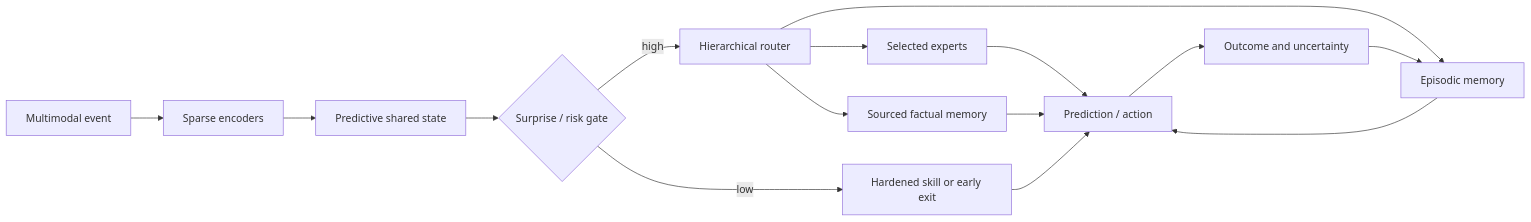
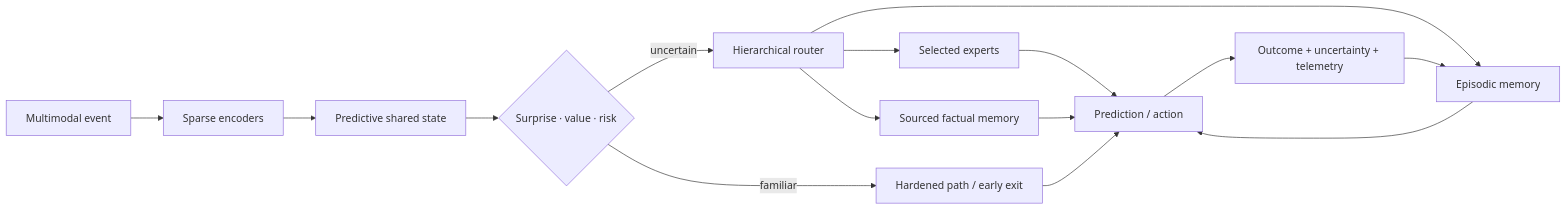
Before and after one commit to lusoris/20-watts-was-enough: the diagram in concept/70-system-synthesis.md, drawn with Mermaid. The commit also changed other lines of this file and 20 other files, not shown here.

````diff
--- a/concept/70-system-synthesis.md
+++ b/concept/70-system-synthesis.md
@@ -20,17 +30,17 @@
 ```mermaid
 flowchart LR
     obs["Multimodal event"] --> enc["Sparse encoders"]
     enc --> state["Predictive shared state"]
-    state --> gate{"Surprise / risk gate"}
-    gate -->|low| reflex["Hardened skill or early exit"]
-    gate -->|high| route["Hierarchical router"]
+    state --> gate{"Surprise · value · risk"}
+    gate -->|"familiar"| reflex["Hardened path / early exit"]
+    gate -->|"uncertain"| route["Hierarchical router"]
     route --> experts["Selected experts"]
     route --> episodic["Episodic memory"]
     route --> facts["Sourced factual memory"]
     experts --> output["Prediction / action"]
     episodic --> output
     facts --> output
     reflex --> output
-    output --> feedback["Outcome and uncertainty"]
-    feedback --> episodic
+    output --> result["Outcome + uncertainty + telemetry"]
+    result --> episodic
 ```
````
